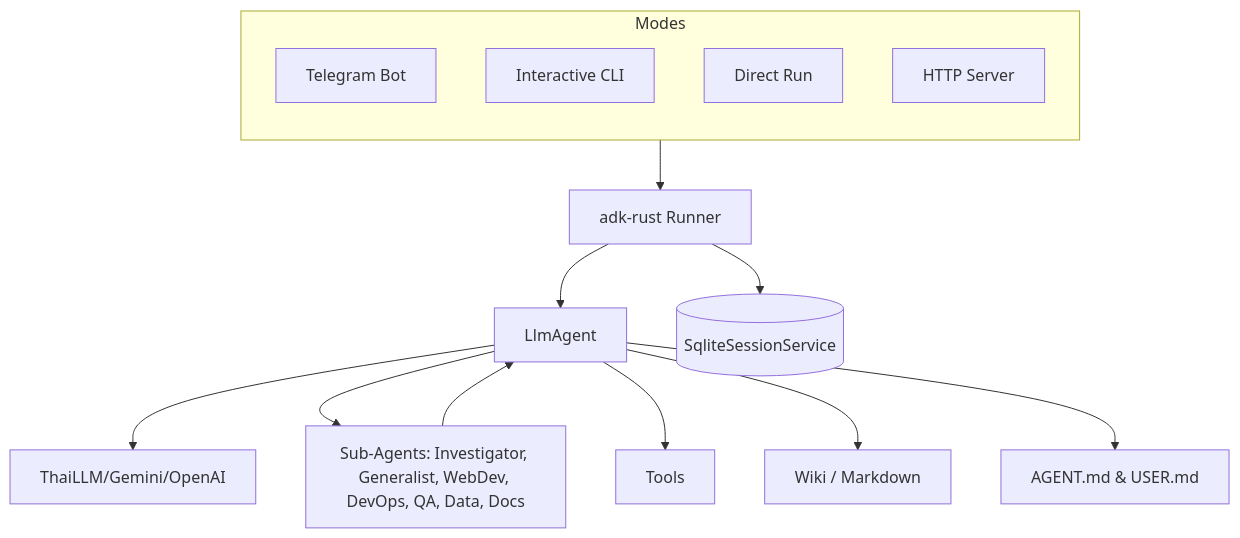
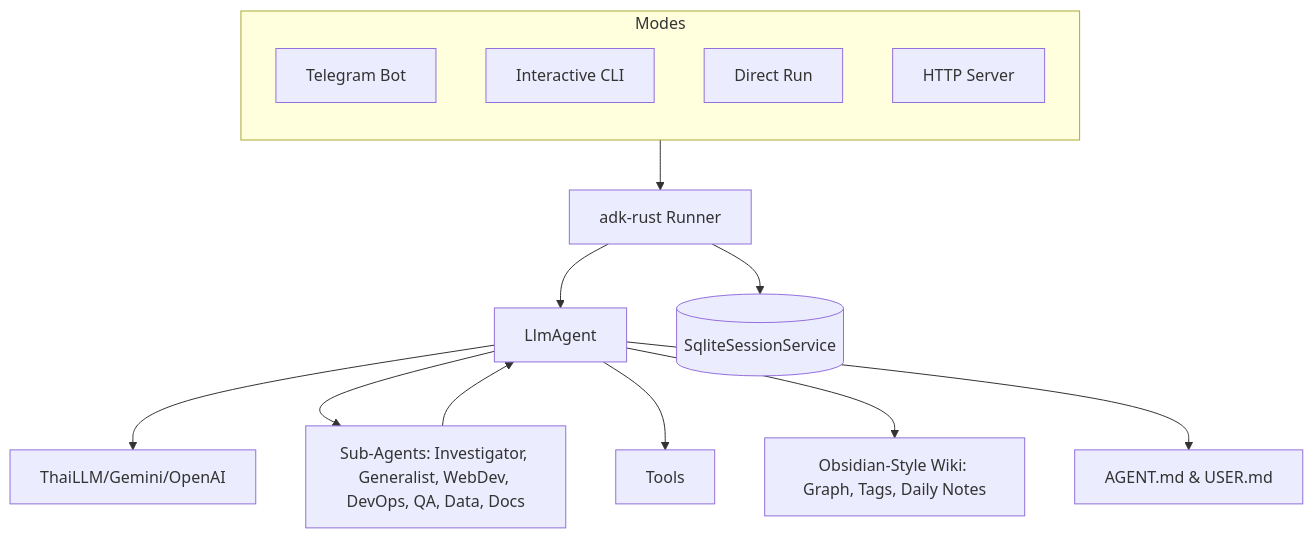
The diagram in README.md (anoochit/telegram_bot), drawn with Mermaid before and after one commit. The commit also changed other lines of this file, not shown here.

Commit message:
Update README with Obsidian-style wiki features

````diff
--- a/README.md
+++ b/README.md
@@ -94,23 +94,23 @@
 ```mermaid
 graph TD
     subgraph EntryPoints [Modes]
         direction TB
         Bot[Telegram Bot]
         CLI[Interactive CLI]
         Run[Direct Run]
         Server[HTTP Server]
     end
 
     EntryPoints --> Runner[adk-rust Runner]
     
     Runner --> Agent[LlmAgent]
     Runner --> DB[(SqliteSessionService)]
     
     Agent --> LLM[ThaiLLM/Gemini/OpenAI]
     Agent --> SubAgents[Sub-Agents: Investigator, Generalist, WebDev, DevOps, QA, Data, Docs]
     Agent --> Tools[Tools]
-    Agent --> Wiki[Wiki / Markdown]
+    Agent --> Wiki[Obsidian-Style Wiki: Graph, Tags, Daily Notes]
     Agent --> Persona[AGENT.md & USER.md]
     
     SubAgents --> Agent
 ```
````
